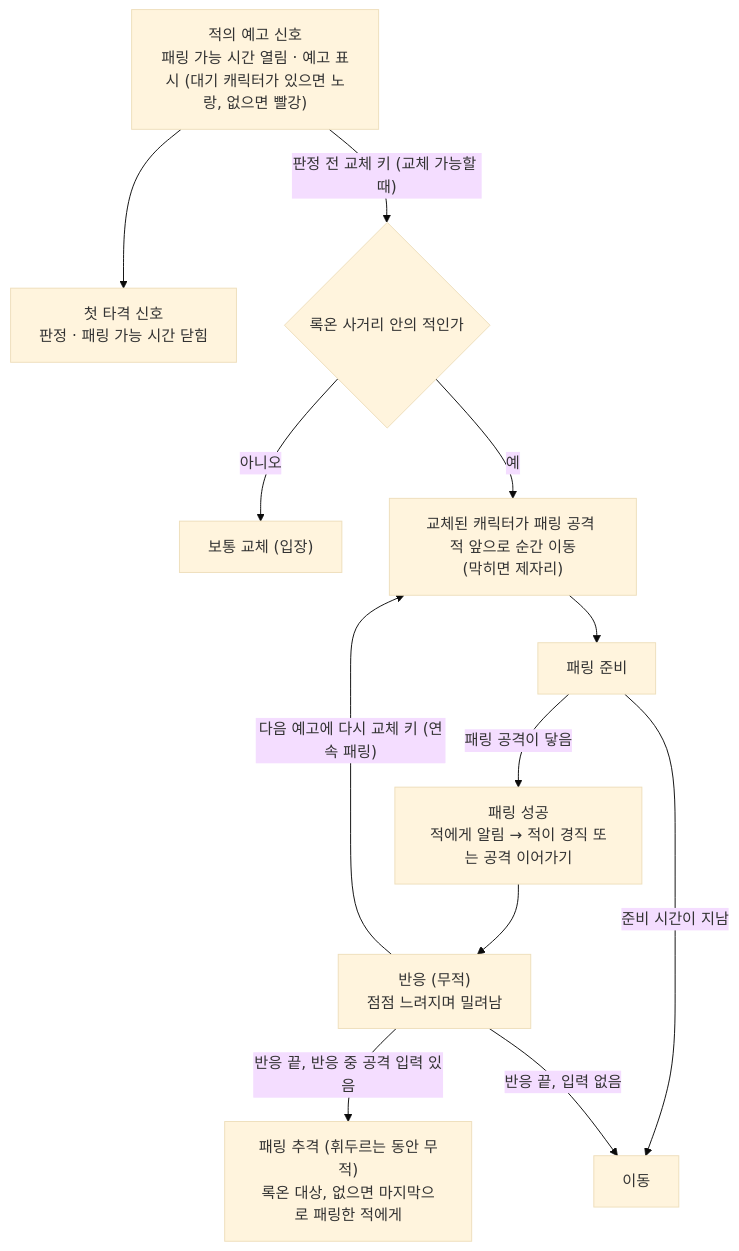
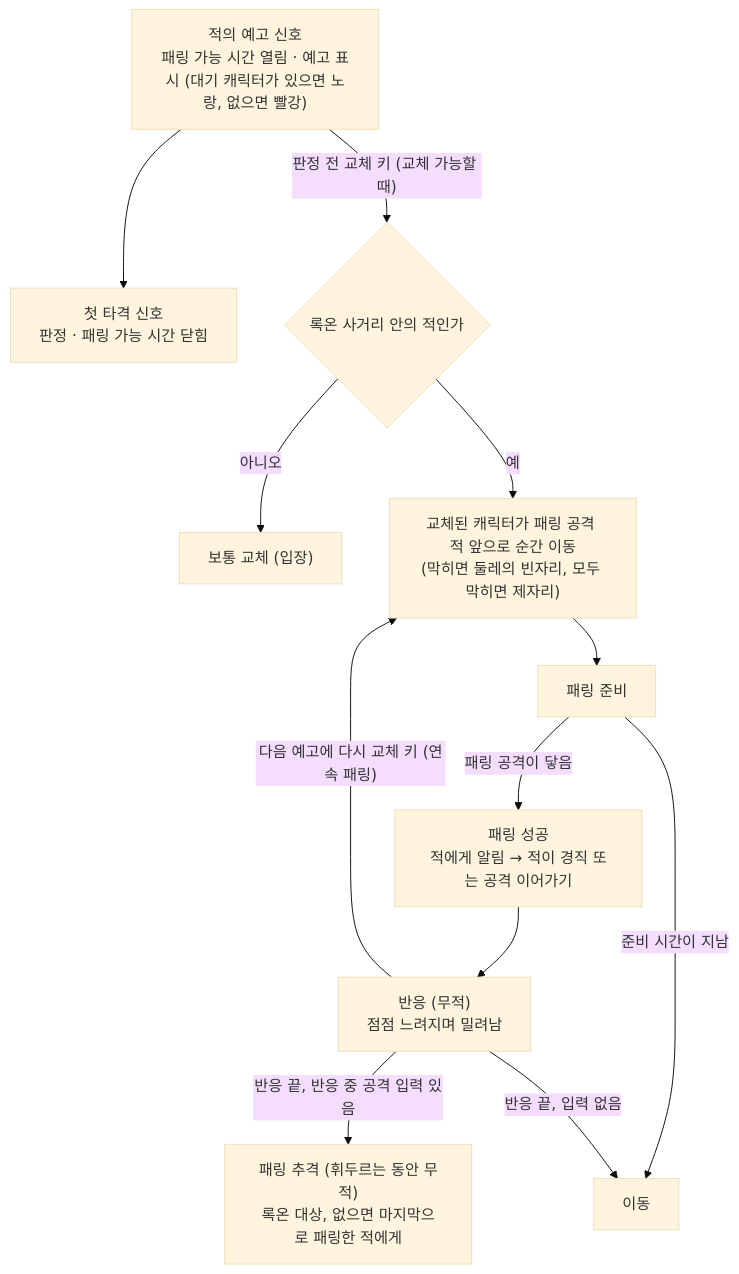
Before and after one commit to SquashPrince/Develrocket_mp15_HHH: the third of 3 diagrams in Docs/Technical/Player/PlayerHit.md, drawn with Mermaid (base theme). The commit also changed other lines of this file and 10 other files, not shown here.

````diff
--- a/Docs/Technical/Player/PlayerHit.md
+++ b/Docs/Technical/Player/PlayerHit.md
@@ -105,14 +105,14 @@
 ```mermaid
 flowchart TD
     Y["적의 예고 신호<br>패링 가능 시간 열림 · 예고 표시 (대기 캐릭터가 있으면 노랑, 없으면 빨강)"] --> J["첫 타격 신호<br>판정 · 패링 가능 시간 닫힘"]
     Y -->|"판정 전 교체 키 (교체 가능할 때)"| D{"록온 사거리 안의 적인가"}
     D -->|"아니오"| N["보통 교체 (입장)"]
-    D -->|"예"| T["교체된 캐릭터가 패링 공격 적 앞으로 순간 이동<br>(막히면 제자리)"]
+    D -->|"예"| T["교체된 캐릭터가 패링 공격 적 앞으로 순간 이동<br>(막히면 둘레의 빈자리, 모두 막히면 제자리)"]
     T --> R["패링 준비"]
     R -->|"패링 공격이 닿음"| S["패링 성공<br>적에게 알림 → 적이 경직 또는 공격 이어가기"]
     R -->|"준비 시간이 지남"| L["이동"]
     S --> P["반응 (무적)<br>점점 느려지며 밀려남"]
     P -->|"다음 예고에 다시 교체 키 (연속 패링)"| T
     P -->|"반응 끝, 반응 중 공격 입력 있음"| C["패링 추격 (휘두르는 동안 무적)<br>록온 대상, 없으면 마지막으로 패링한 적에게"]
     P -->|"반응 끝, 입력 없음"| L
 ```
````
